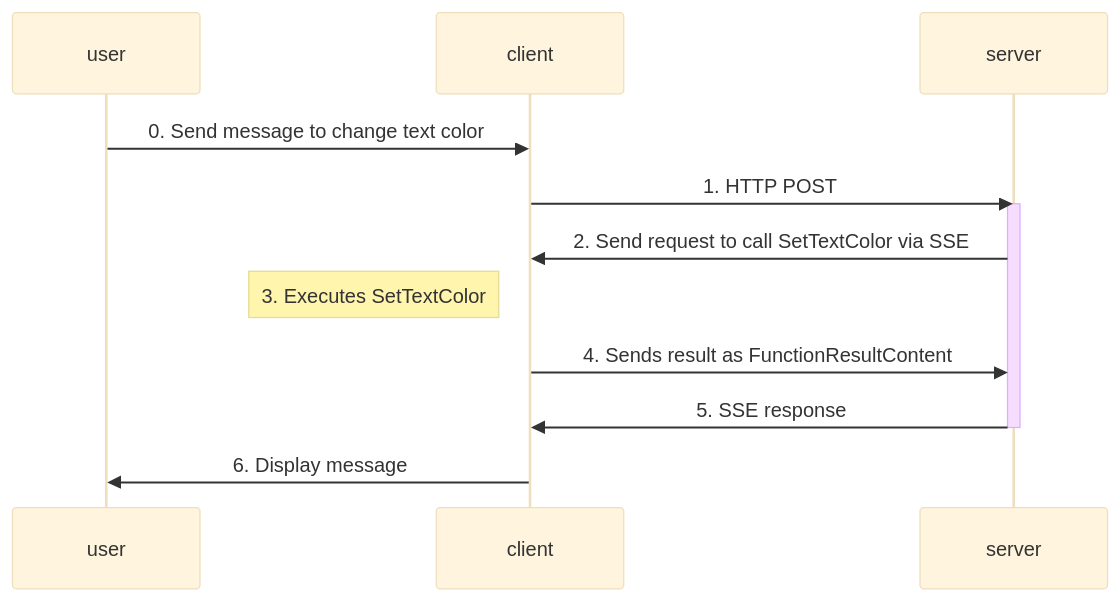
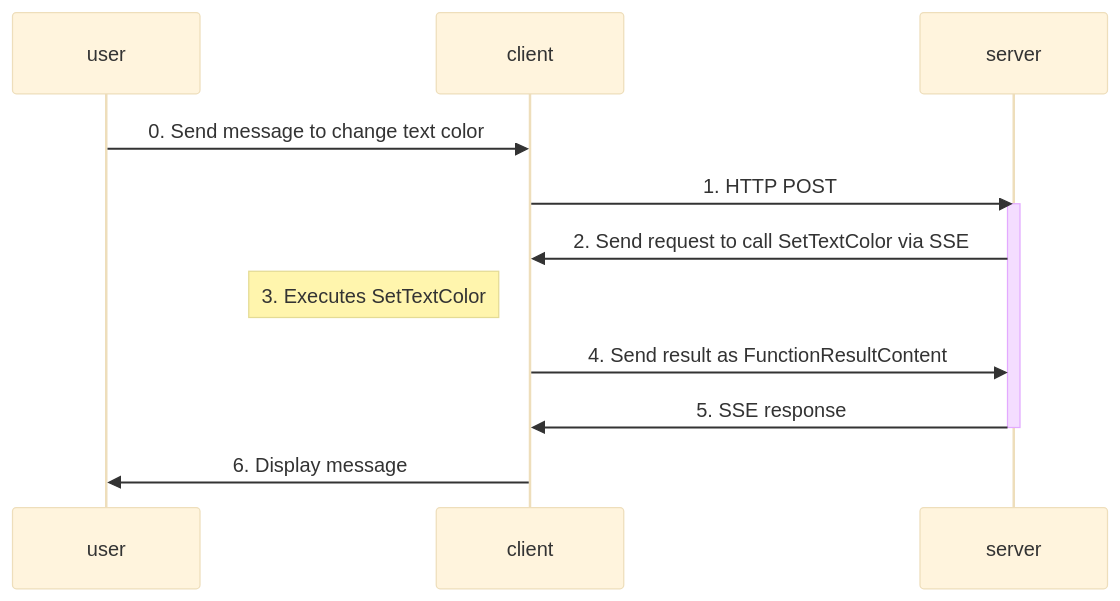
Before and after one commit to jasmin-software/dotnet_agui_workshop: the second of 2 diagrams in project1/Client_Tutorial_2/README.md, drawn with Mermaid (base theme). The commit also changed 10 other files, not shown here.

````diff
--- a/project1/Client_Tutorial_2/README.md
+++ b/project1/Client_Tutorial_2/README.md
@@ -127,12 +127,12 @@
 ```mermaid
 sequenceDiagram;
    user->>client:   0. Send message to change text color
    client->>server: 1. HTTP POST
    activate server
    server->>client: 2. Send request to call SetTextColor via SSE
    Note left of client: 3. Executes SetTextColor
-   client->>server: 4. Sends result as FunctionResultContent
+   client->>server: 4. Send result as FunctionResultContent
    server->>client: 5. SSE response
    deactivate server
    client->>user: 6. Display message
 ```
````
